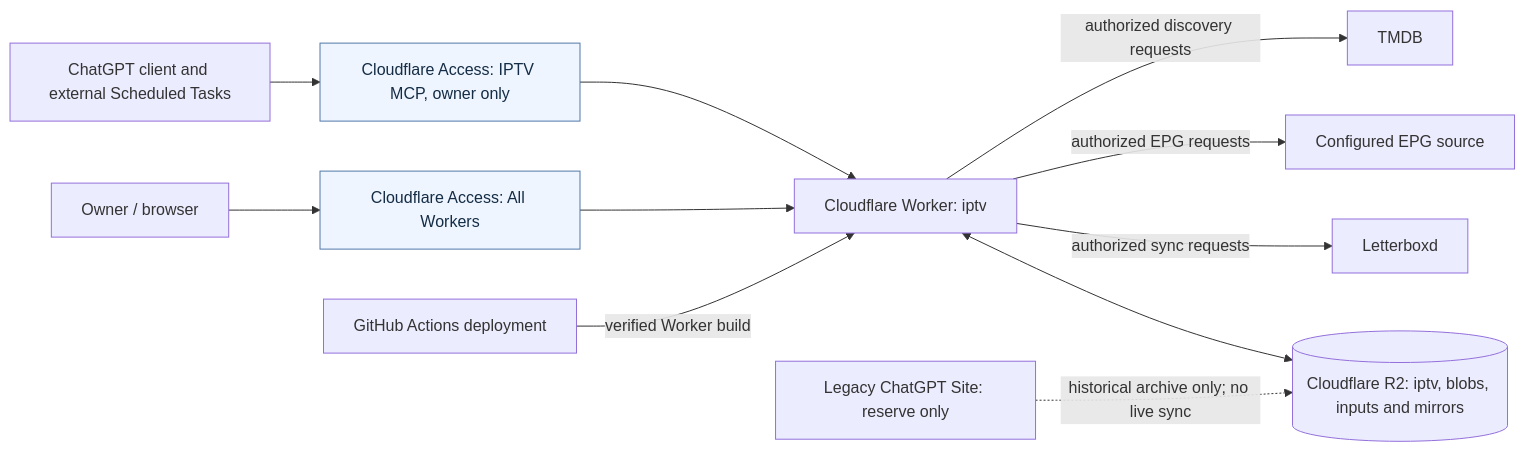
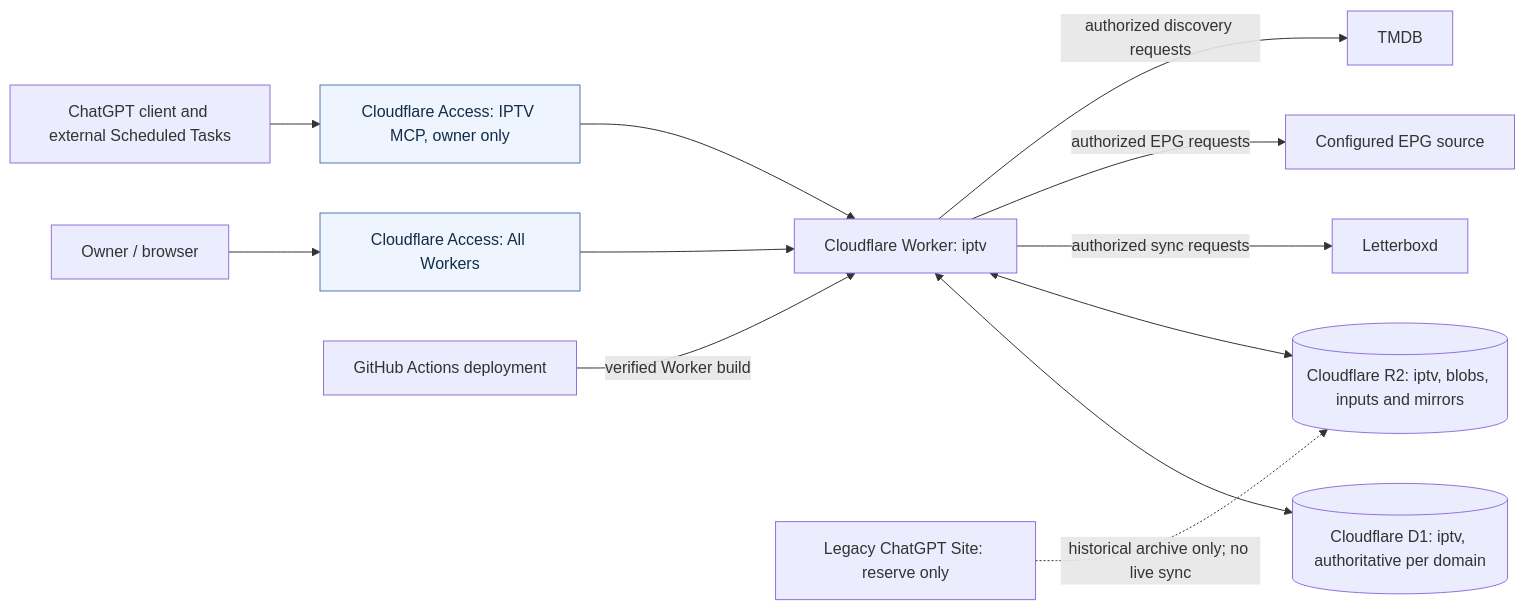
The diagram in docs/architecture/system-context.md (vladimino/iptv-watchlist), drawn with Mermaid before and after one commit. The commit also changed other lines of this file and 4 other files, not shown here.

````diff
--- a/docs/architecture/system-context.md
+++ b/docs/architecture/system-context.md
@@ -5,24 +5,26 @@
 ```mermaid
 flowchart LR
     viewer["Owner / browser"]
     agent["ChatGPT client and external Scheduled Tasks"]
     accessWeb["Cloudflare Access: All Workers"]
     accessMcp["Cloudflare Access: IPTV MCP, owner only"]
     worker["Cloudflare Worker: iptv"]
+    d1[("Cloudflare D1: iptv, authoritative per domain")]
     r2[("Cloudflare R2: iptv, blobs, inputs and mirrors")]
     lb["Letterboxd"]
     epg["Configured EPG source"]
     tmdb["TMDB"]
     github["GitHub Actions deployment"]
     legacy["Legacy ChatGPT Site: reserve only"]
     viewer --> accessWeb --> worker
     agent --> accessMcp --> worker
+    worker <--> d1
     worker <--> r2
     worker -->|authorized sync requests| lb
     worker -->|authorized EPG requests| epg
     worker -->|authorized discovery requests| tmdb
     github -->|verified Worker build| worker
     legacy -.->|historical archive only; no live sync| r2
     classDef boundary fill:#eef5ff,stroke:#5279a9,color:#142c45
     class accessWeb,accessMcp boundary
 ```
````
